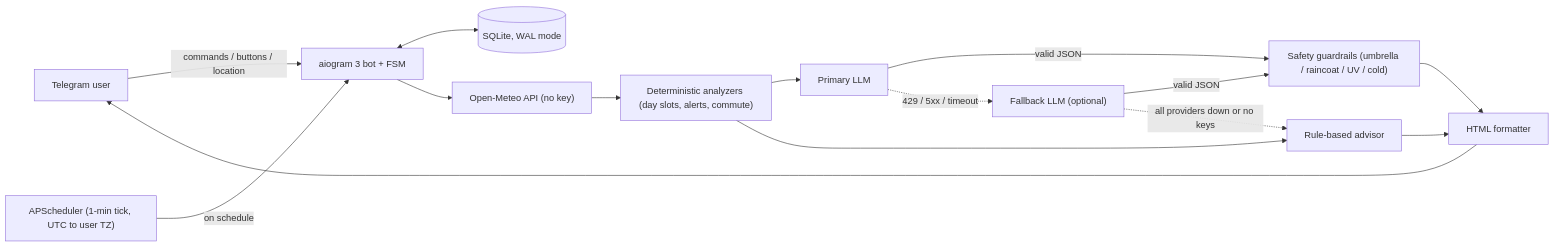
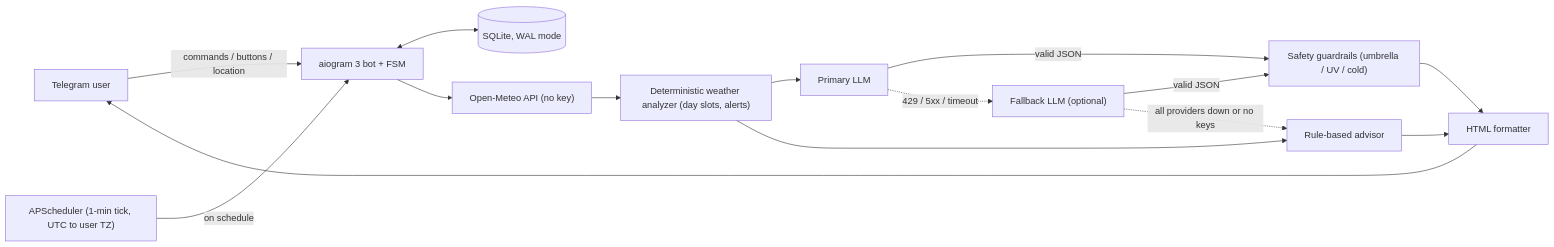
The diagram in README.md (paramees/PWA_Personal_Weather_Assistant), drawn with Mermaid before and after one commit. The commit also changed other lines of this file and 20 other files, not shown here.

````diff
--- a/README.md
+++ b/README.md
@@ -26,17 +24,17 @@
 ```mermaid
 flowchart LR
     TG["Telegram user"] -->|commands / buttons / location| BOT["aiogram 3 bot + FSM"]
     SCHED["APScheduler (1-min tick, UTC to user TZ)"] -->|on schedule| BOT
     BOT <--> DB[("SQLite, WAL mode")]
     BOT --> METEO["Open-Meteo API (no key)"]
-    METEO --> ANALYZER["Deterministic analyzers (day slots, alerts, commute)"]
+    METEO --> ANALYZER["Deterministic weather analyzer (day slots, alerts)"]
     ANALYZER --> AI1["Primary LLM"]
-    AI1 -->|valid JSON| GUARD["Safety guardrails (umbrella / raincoat / UV / cold)"]
+    AI1 -->|valid JSON| GUARD["Safety guardrails (umbrella / UV / cold)"]
     AI1 -.->|429 / 5xx / timeout| AI2["Fallback LLM (optional)"]
     AI2 -->|valid JSON| GUARD
     AI2 -.->|all providers down or no keys| RULES["Rule-based advisor"]
     ANALYZER --> RULES
     RULES --> FMT["HTML formatter"]
     GUARD --> FMT
     FMT --> TG
 ```
````
